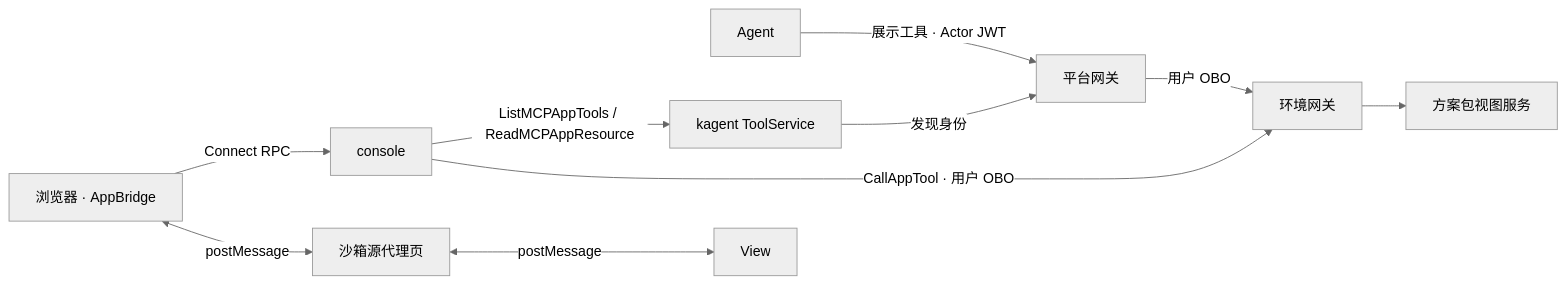
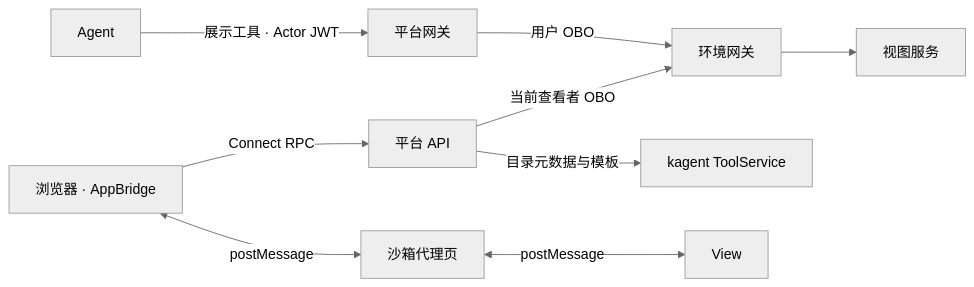
Before and after one commit to pood1e/agentos-platform: the diagram in docs/mcp-app.md, drawn with Mermaid (neutral theme). The commit also changed other lines of this file and 31 other files, not shown here.

````diff
--- a/docs/mcp-app.md
+++ b/docs/mcp-app.md
@@ -31,12 +8,11 @@
 ```mermaid
 flowchart LR
-    Agent[Agent] -->|展示工具 · Actor JWT| PGW[平台网关]
-    PGW -->|用户 OBO| EGW[环境网关]
-    EGW --> Views[方案包视图服务]
-    Console[console] -->|ListMCPAppTools / ReadMCPAppResource| Kagent[kagent ToolService]
-    Kagent -->|发现身份| PGW
-    Browser[浏览器 · AppBridge] -->|Connect RPC| Console
-    Browser <-->|postMessage| Sandbox[沙箱源代理页]
+    Agent[Agent] -->|展示工具 · Actor JWT| Platform[平台网关]
+    Platform -->|用户 OBO| Environment[环境网关]
+    Environment --> Views[视图服务]
+    API[平台 API] -->|目录元数据与模板| Kagent[kagent ToolService]
+    Browser[浏览器 · AppBridge] -->|Connect RPC| API
+    Browser <-->|postMessage| Sandbox[沙箱代理页]
     Sandbox <-->|postMessage| View[View]
-    Console -->|CallAppTool · 用户 OBO| EGW
+    API -->|当前查看者 OBO| Environment
 ```
````
